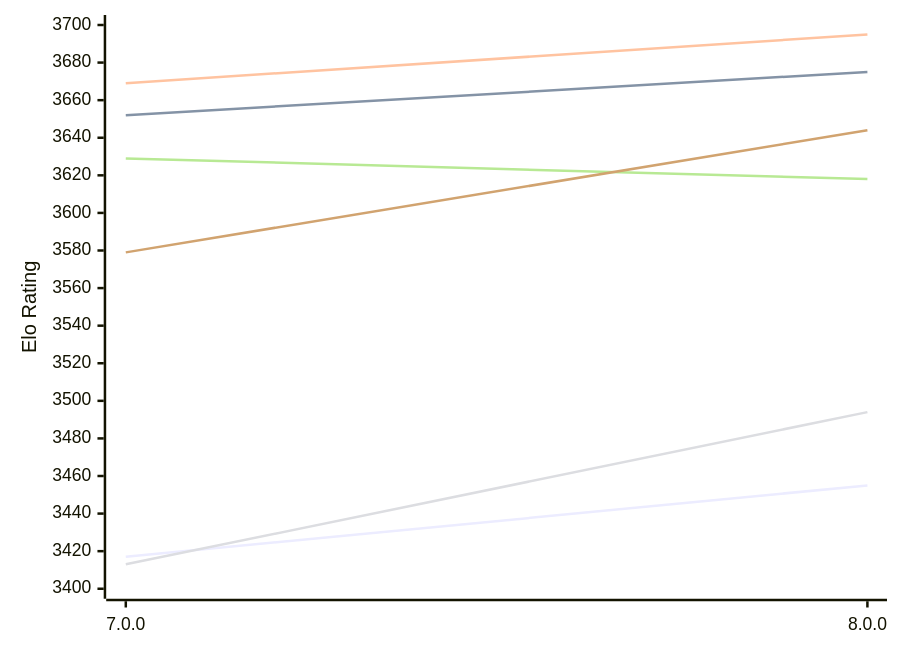
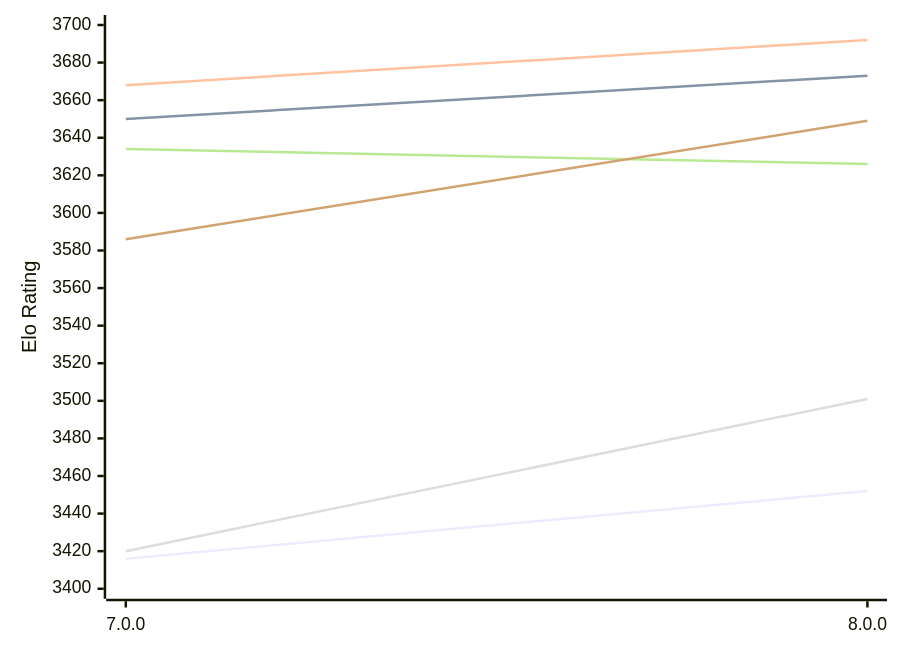
One commit to computer-chess-index/cci changed the first of 2 diagrams in engines/PlentyChess.md. Above: the diagram before and after it, drawn with Mermaid. The commit also changed other lines of this file, not shown here.

Commit message:
Update CCI Ratings (ELO VLTC) - 2026-11-23

````diff
--- a/engines/PlentyChess.md
+++ b/engines/PlentyChess.md
@@ -55,12 +55,12 @@
 ```mermaid
 %%{init: {"theme":"base","themeVariables":{"seriesColors:['#a3a3a3','#222221','#faa371']}}}%%
 xychart-beta
   x-axis ["7.0.0", "8.0.0"]
   y-axis "Elo Rating" 3400 --> 3700
-  line "E1: STC (8.0+0.08s)" [3417, 3455]
-  line "E1: LTC (60.0+0.60s)" [3652, 3675]
-  line "E1: VLTC (2m24s+1.12s)" [3669, 3695]
-  line "P1: STC (8.0+0.08s)" [3413, 3494]
-  line "P1: LTC (60.0+0.60s)" [3629, 3618]
-  line "P1: VLTC (2m24s+1.12s)" [3579, 3644]
+  line "E1: STC (8.0+0.08s)" [3416, 3452]
+  line "E1: LTC (60.0+0.60s)" [3650, 3673]
+  line "E1: VLTC (2m24s+1.12s)" [3668, 3692]
+  line "P1: STC (8.0+0.08s)" [3420, 3501]
+  line "P1: LTC (60.0+0.60s)" [3634, 3626]
+  line "P1: VLTC (2m24s+1.12s)" [3586, 3649]
 ```
````
